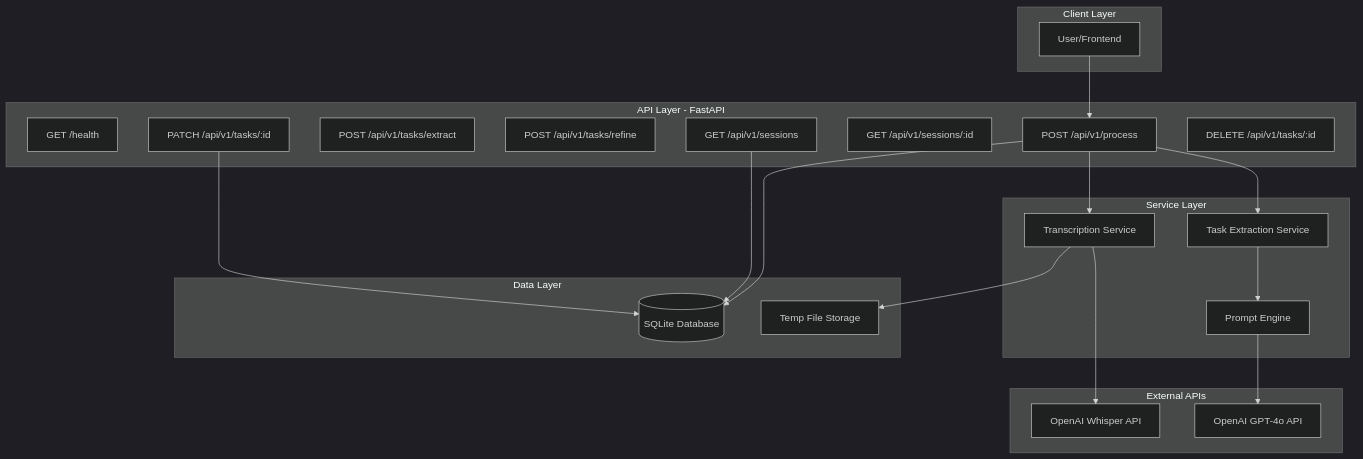
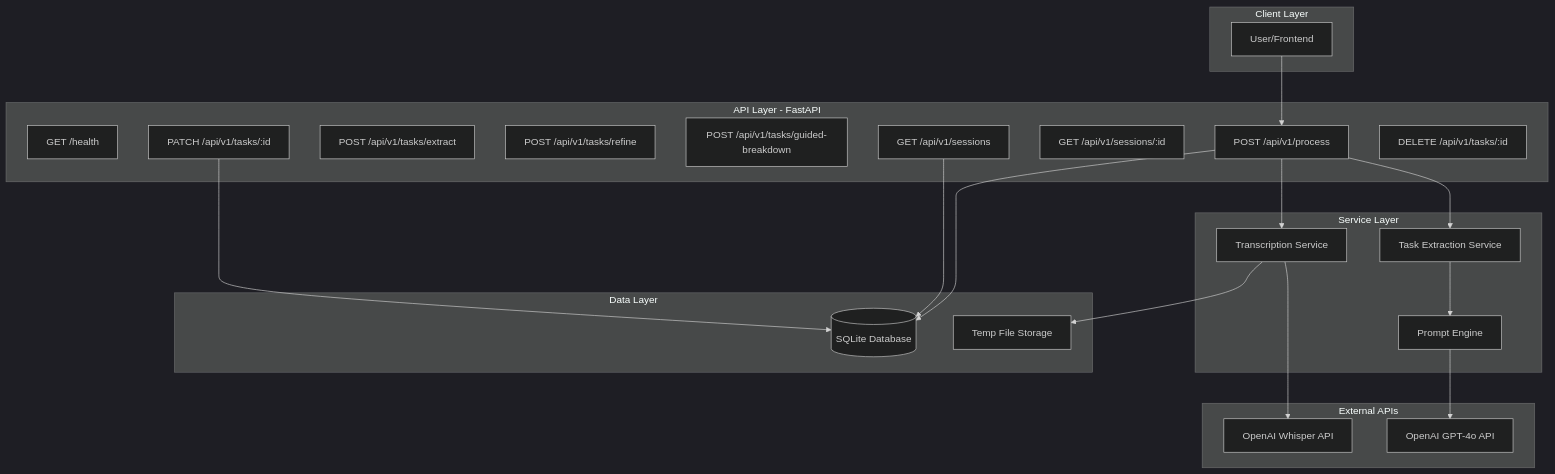
Before and after one commit to NewtonPP/Project-Important: the first of 8 diagrams in ARCHITECTURE.md, drawn with Mermaid (dark theme). The commit also changed other lines of this file and 22 other files, not shown here.

First line of the commit message:
Implement guided breakdown clarification system and streamline documentation

````diff
--- a/ARCHITECTURE.md
+++ b/ARCHITECTURE.md
@@ -5,47 +5,48 @@
 ```mermaid
 graph TB
     subgraph Client[Client Layer]
         User[User/Frontend]
     end
     
     subgraph API[API Layer - FastAPI]
         Health[GET /health]
         Process[POST /api/v1/process]
         Extract[POST /api/v1/tasks/extract]
         Refine[POST /api/v1/tasks/refine]
+        Breakdown[POST /api/v1/tasks/guided-breakdown]
         Sessions[GET /api/v1/sessions]
         GetSession[GET /api/v1/sessions/:id]
         UpdateTask[PATCH /api/v1/tasks/:id]
         DeleteTask[DELETE /api/v1/tasks/:id]
     end
     
     subgraph Services[Service Layer]
         TranscriptionSvc[Transcription Service]
         ExtractionSvc[Task Extraction Service]
         PromptEngine[Prompt Engine]
     end
     
     subgraph External[External APIs]
         Whisper[OpenAI Whisper API]
         GPT4o[OpenAI GPT-4o API]
     end
     
     subgraph Data[Data Layer]
         DB[(SQLite Database)]
         TempStorage[Temp File Storage]
     end
     
     User --> Process
     Process --> TranscriptionSvc
     Process --> ExtractionSvc
     
     TranscriptionSvc --> Whisper
     TranscriptionSvc --> TempStorage
     
     ExtractionSvc --> PromptEngine
     PromptEngine --> GPT4o
     
     Process --> DB
     Sessions --> DB
     UpdateTask --> DB
 ```
````
